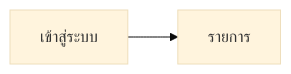
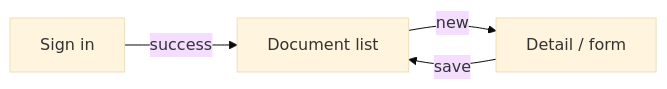
The first of 4 diagrams in skills/design-kit/assets/project/ux-spec.md (KPV2004/design-kit), drawn with Mermaid (base theme) before and after one commit. The commit also changed other lines of this file and 14 other files, not shown here.

````diff
--- a/skills/design-kit/assets/project/ux-spec.md
+++ b/skills/design-kit/assets/project/ux-spec.md
@@ -9,4 +10,6 @@
 ```mermaid
 flowchart LR
-  login[เข้าสู่ระบบ] --> list[รายการ]
+  login[Sign in] -->|success| list[Document list]
+  list -->|new| detail[Detail / form]
+  detail -->|save| list
 ```
````
